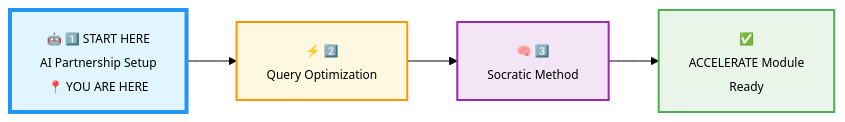
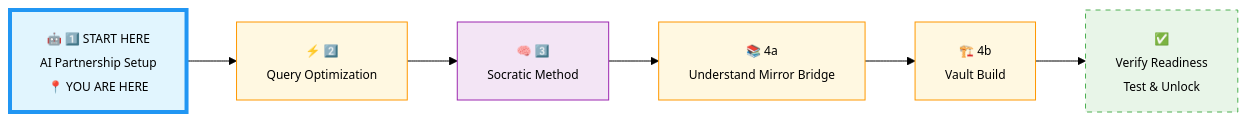
Before and after one commit to uniqueumamaheswari-universe/SQLVerse: the first of 3 diagrams in Level-1-beginner/Guides/Section2-ACCELERATE/1_AI_Partnership_Setup.md, drawn with Mermaid (forest theme). The commit also changed other lines of this file and 9 other files, not shown here.

````diff
--- a/Level-1-beginner/Guides/Section2-ACCELERATE/1_AI_Partnership_Setup.md
+++ b/Level-1-beginner/Guides/Section2-ACCELERATE/1_AI_Partnership_Setup.md
@@ -16,14 +16,18 @@
 ```mermaid
 flowchart LR
     A["<span style='font-size:12px'>🤖 1️⃣ START HERE<br/>AI Partnership Setup<br/>📍 YOU ARE HERE</span>"]
     B["<span style='font-size:12px'>⚡ 2️⃣<br/>Query Optimization</span>"]
     C["<span style='font-size:12px'>🧠 3️⃣<br/>Socratic Method</span>"]
-    D["<span style='font-size:12px'>✅<br/>ACCELERATE Module<br/>Ready</span>"]
+    D["<span style='font-size:12px'>📚 4a<br/>Understand Mirror Bridge</span>"]
+    E["<span style='font-size:12px'>🏗️ 4b<br/>Vault Build</span>"]
+    F["<span style='font-size:12px'>✅<br/>Verify Readiness<br/>Test & Unlock</span>"]
     
-    A --> B --> C --> D
+    A --> B --> C --> D --> E --> F
     
     style A fill:#e1f5fe,stroke:#2196f3,stroke-width:4px
-    style B fill:#fff8e1,stroke:#ff9800,stroke-width:2px
-    style C fill:#f3e5f5,stroke:#9c27b0,stroke-width:2px
-    style D fill:#e8f5e8,stroke:#4caf50,stroke-width:2px
+    style B fill:#fff8e1,stroke:#ff9800
+    style C fill:#f3e5f5,stroke:#9c27b0
+    style D fill:#fff8e1,stroke:#ff9800
+    style E fill:#fff8e1,stroke:#ff9800
+    style F fill:#e8f5e8,stroke:#4caf50,stroke-dasharray:5 5
 ```
````
